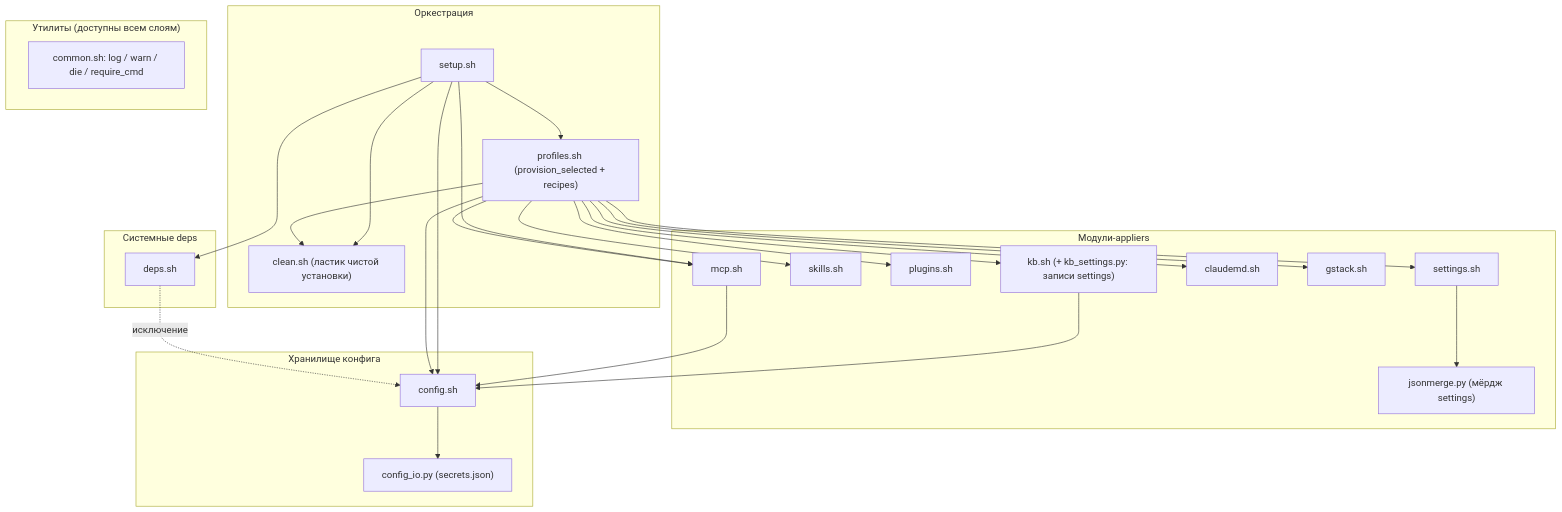
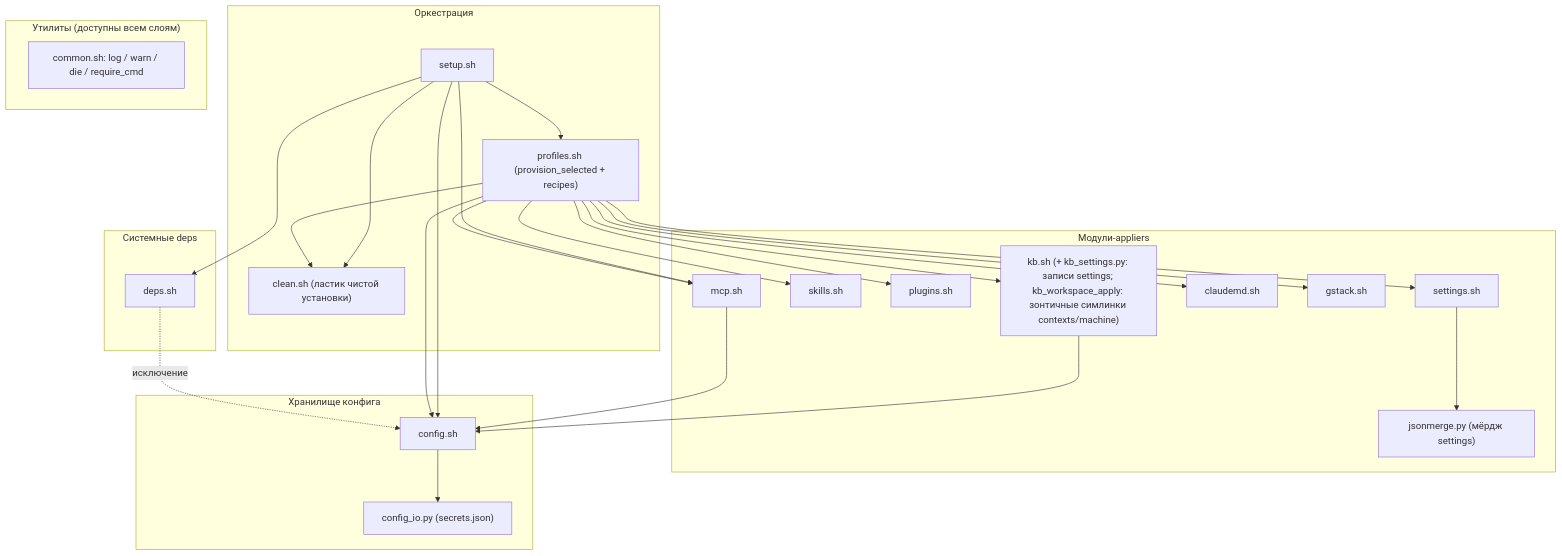
Before and after one commit to stpntkhnv/claudefiles: the first of 4 diagrams in docs/architecture.md, drawn with Mermaid. The commit also changed other lines of this file and 4 other files, not shown here.

Commit message:
docs(kb): слои contexts и machine, новые ключи, fail-fast в контейнере

````diff
--- a/docs/architecture.md
+++ b/docs/architecture.md
@@ -9,44 +9,44 @@
 ```mermaid
 flowchart TD
   subgraph orch["Оркестрация"]
     setup["setup.sh"]
     prof["profiles.sh (provision_selected + recipes)"]
     cleanm["clean.sh (ластик чистой установки)"]
   end
   subgraph sysdeps["Системные deps"]
     deps["deps.sh"]
   end
   subgraph appliers["Модули-appliers"]
     settings["settings.sh"]
     jsonmerge["jsonmerge.py (мёрдж settings)"]
     skills["skills.sh"]
     plugins["plugins.sh"]
     mcp["mcp.sh"]
     claudemd["claudemd.sh"]
     gstack["gstack.sh"]
-    kb["kb.sh (+ kb_settings.py: записи settings)"]
+    kb["kb.sh (+ kb_settings.py: записи settings; kb_workspace_apply: зонтичные симлинки contexts/machine)"]
   end
   subgraph cfg["Хранилище конфига"]
     config["config.sh"]
     configio["config_io.py (secrets.json)"]
   end
   subgraph util["Утилиты (доступны всем слоям)"]
     common["common.sh: log / warn / die / require_cmd"]
   end
 
   setup --> prof
   setup --> deps
   setup --> config
   setup --> cleanm
   setup --> mcp
   prof --> settings & skills & plugins & mcp & claudemd
   prof --> gstack
   prof --> kb
   prof --> cleanm
   settings --> jsonmerge
   kb --> config
   prof --> config
   mcp --> config
   config --> configio
   deps -.->|исключение| config
 ```
````
